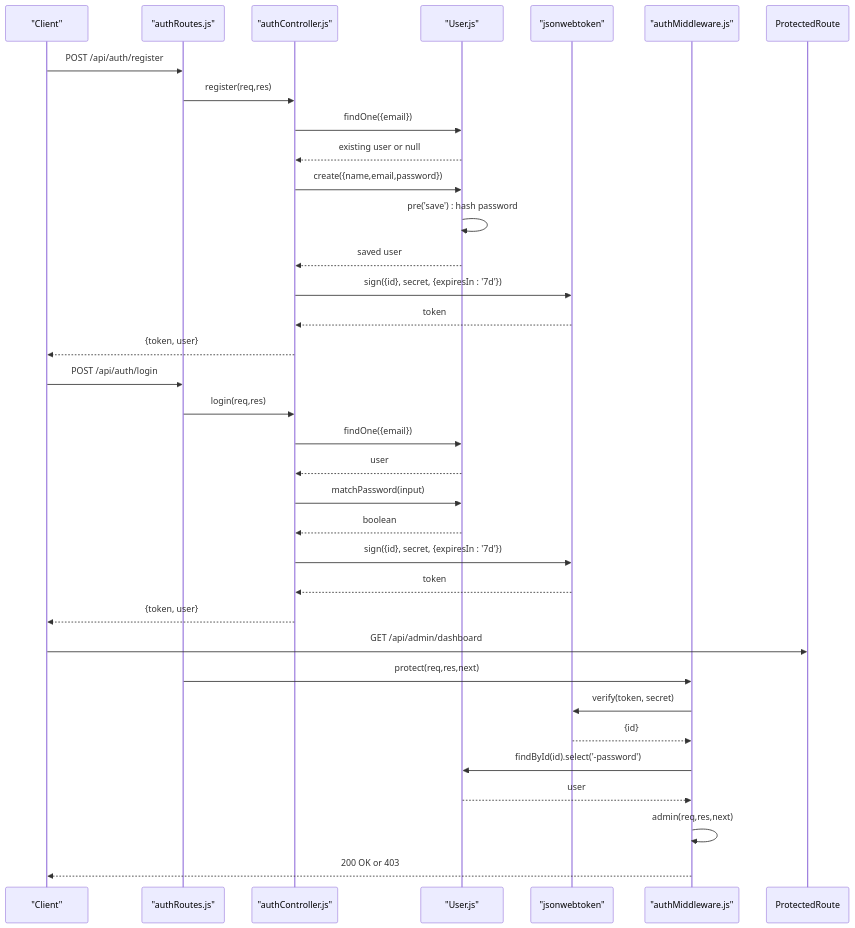
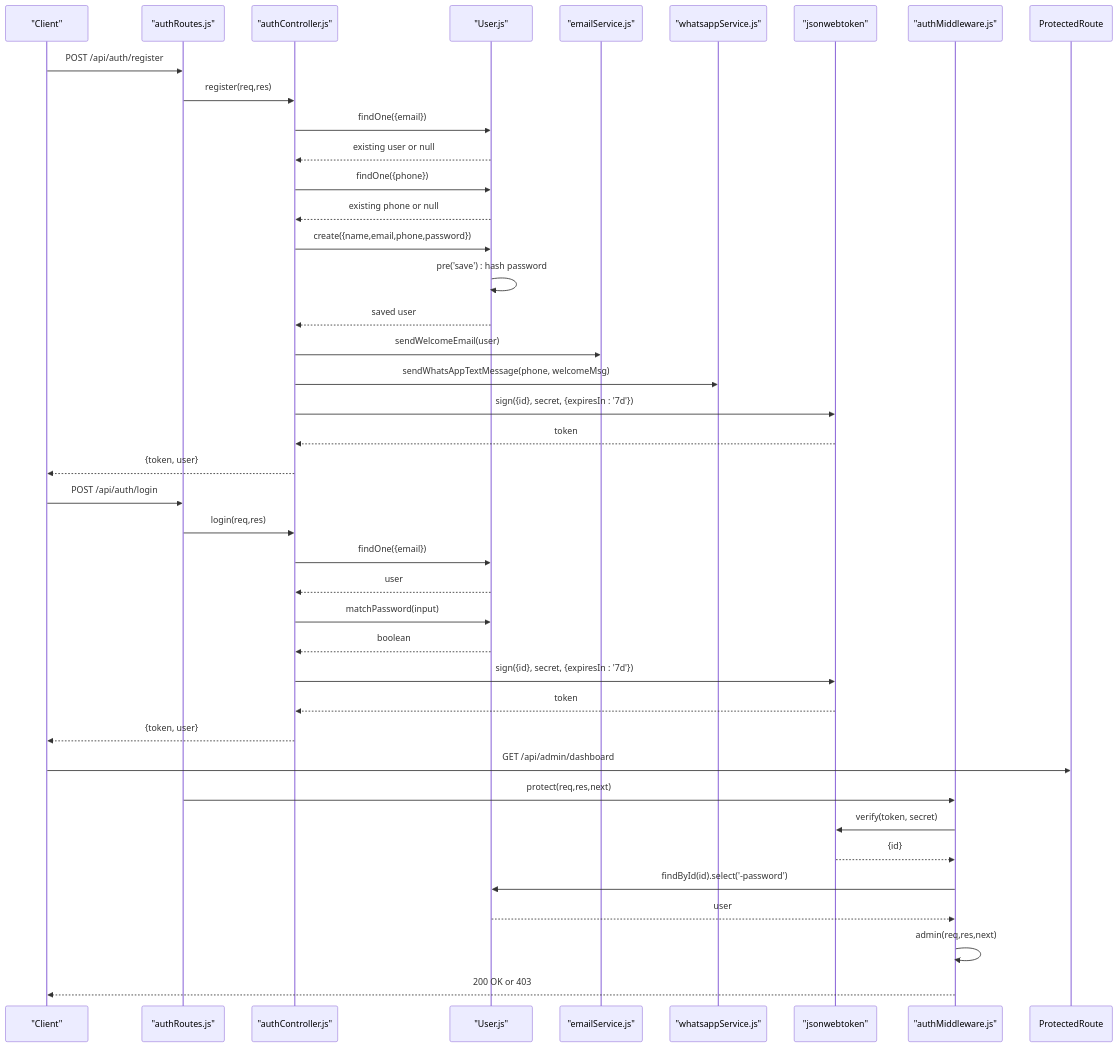
Before and after one commit to Pavan-PSPK9032/TrendsandToss: the second of 5 diagrams in .qoder/repowiki/en/content/Database Schemas & Models/User Model.md, drawn with Mermaid. The commit also changed other lines of this file and 16 other files, not shown here.

````diff
--- a/.qoder/repowiki/en/content/Database Schemas & Models/User Model.md
+++ b/.qoder/repowiki/en/content/Database Schemas & Models/User Model.md
@@ -106,36 +128,42 @@
 ```mermaid
 sequenceDiagram
 participant Client as "Client"
 participant Router as "authRoutes.js"
 participant Ctrl as "authController.js"
 participant Model as "User.js"
+participant EmailSvc as "emailService.js"
+participant WhatsAppSvc as "whatsappService.js"
 participant JWT as "jsonwebtoken"
 participant MW as "authMiddleware.js"
 Client->>Router : POST /api/auth/register
 Router->>Ctrl : register(req,res)
 Ctrl->>Model : findOne({email})
 Model-->>Ctrl : existing user or null
-Ctrl->>Model : create({name,email,password})
+Ctrl->>Model : findOne({phone})
+Model-->>Ctrl : existing phone or null
+Ctrl->>Model : create({name,email,phone,password})
 Model->>Model : pre('save') : hash password
 Model-->>Ctrl : saved user
+Ctrl->>EmailSvc : sendWelcomeEmail(user)
+Ctrl->>WhatsAppSvc : sendWhatsAppTextMessage(phone, welcomeMsg)
 Ctrl->>JWT : sign({id}, secret, {expiresIn : '7d'})
 JWT-->>Ctrl : token
 Ctrl-->>Client : {token, user}
 Client->>Router : POST /api/auth/login
 Router->>Ctrl : login(req,res)
 Ctrl->>Model : findOne({email})
 Model-->>Ctrl : user
 Ctrl->>Model : matchPassword(input)
 Model-->>Ctrl : boolean
 Ctrl->>JWT : sign({id}, secret, {expiresIn : '7d'})
 JWT-->>Ctrl : token
 Ctrl-->>Client : {token, user}
 Client->>ProtectedRoute : GET /api/admin/dashboard
 Router->>MW : protect(req,res,next)
 MW->>JWT : verify(token, secret)
 JWT-->>MW : {id}
 MW->>Model : findById(id).select('-password')
 Model-->>MW : user
 MW->>MW : admin(req,res,next)
 MW-->>Client : 200 OK or 403
 ```
````
